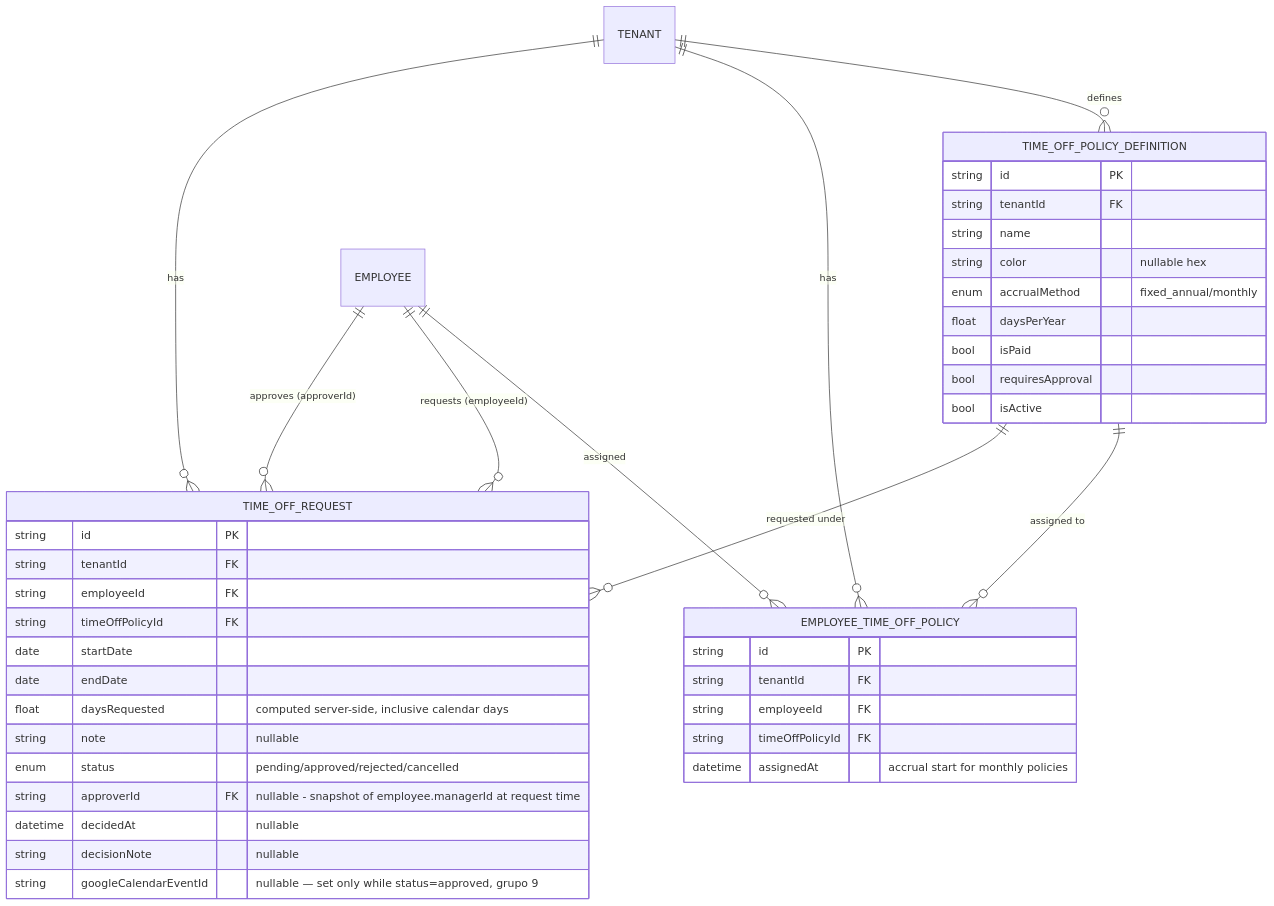
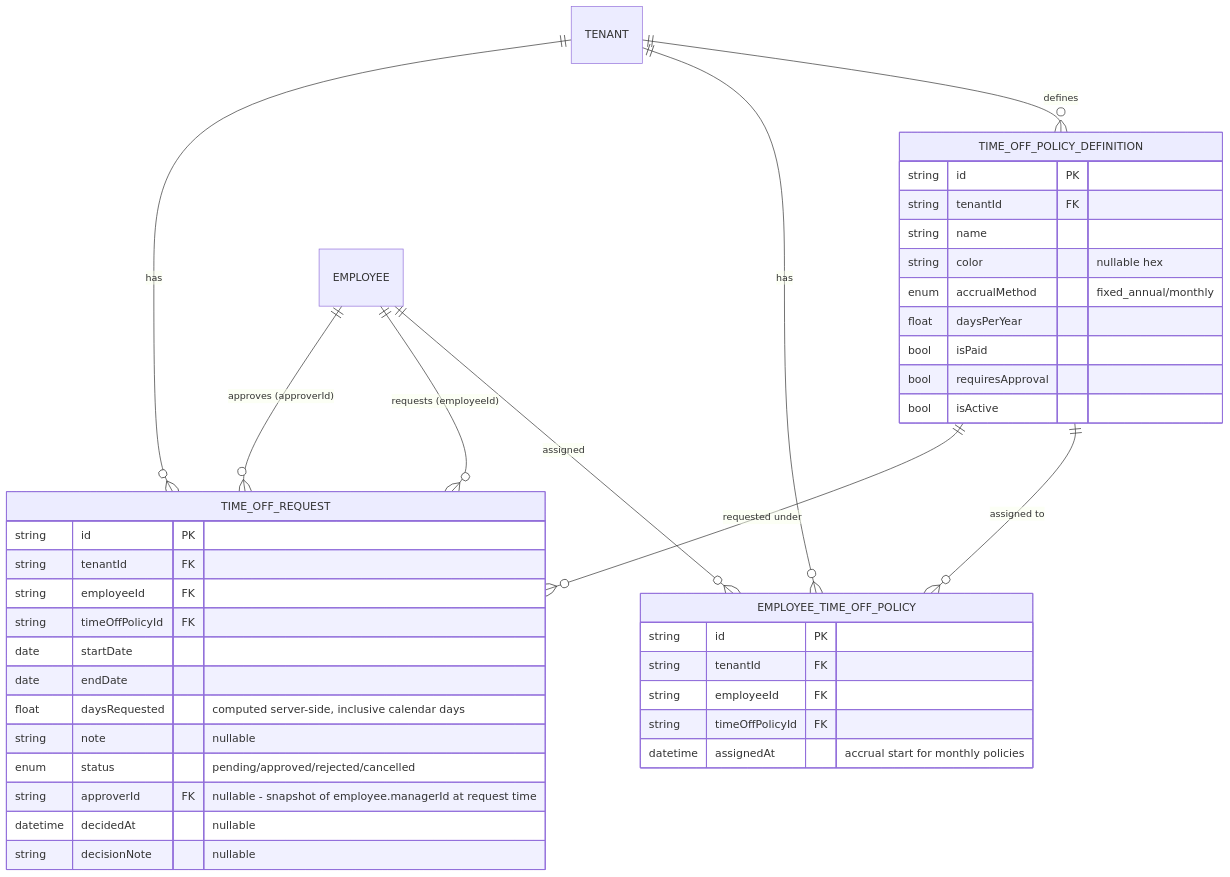
The third of 9 diagrams in docs/general/database-schema.md (ABravo2025/northstack), drawn with Mermaid before and after one commit. The commit also changed other lines of this file and 5 other files, not shown here.

First line of the commit message:
Redesign Time Off Google Calendar sync to team-wide, not personal

````diff
--- a/docs/general/database-schema.md
+++ b/docs/general/database-schema.md
@@ -202,46 +202,45 @@
 ```mermaid
 erDiagram
     TENANT ||--o{ TIME_OFF_POLICY_DEFINITION : "defines"
     TENANT ||--o{ EMPLOYEE_TIME_OFF_POLICY : "has"
     TENANT ||--o{ TIME_OFF_REQUEST : "has"
 
     EMPLOYEE ||--o{ EMPLOYEE_TIME_OFF_POLICY : "assigned"
     TIME_OFF_POLICY_DEFINITION ||--o{ EMPLOYEE_TIME_OFF_POLICY : "assigned to"
     EMPLOYEE ||--o{ TIME_OFF_REQUEST : "requests (employeeId)"
     EMPLOYEE ||--o{ TIME_OFF_REQUEST : "approves (approverId)"
     TIME_OFF_POLICY_DEFINITION ||--o{ TIME_OFF_REQUEST : "requested under"
 
     TIME_OFF_POLICY_DEFINITION {
         string id PK
         string tenantId FK
         string name
         string color "nullable hex"
         enum accrualMethod "fixed_annual/monthly"
         float daysPerYear
         bool isPaid
         bool requiresApproval
         bool isActive
     }
     EMPLOYEE_TIME_OFF_POLICY {
         string id PK
         string tenantId FK
         string employeeId FK
         string timeOffPolicyId FK
         datetime assignedAt "accrual start for monthly policies"
     }
     TIME_OFF_REQUEST {
         string id PK
         string tenantId FK
         string employeeId FK
         string timeOffPolicyId FK
         date startDate
         date endDate
         float daysRequested "computed server-side, inclusive calendar days"
         string note "nullable"
         enum status "pending/approved/rejected/cancelled"
         string approverId FK "nullable - snapshot of employee.managerId at request time"
         datetime decidedAt "nullable"
         string decisionNote "nullable"
-        string googleCalendarEventId "nullable — set only while status=approved, grupo 9"
     }
 ```
````
